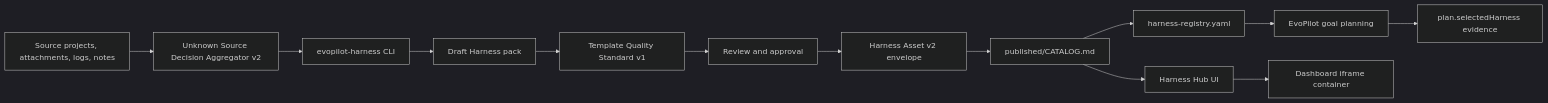
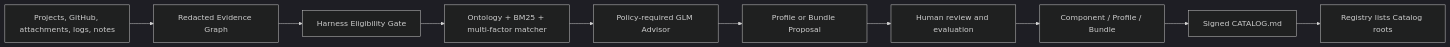
One commit to yeliang-wang/evopilot-harness changed the diagram in README.md. Above: the diagram before and after it, drawn with Mermaid (dark theme). The commit also changed other lines of this file and 110 other files, not shown here.

Commit message:
Release evopilot-harness 3.0.0

````diff
--- a/README.md
+++ b/README.md
@@ -163,15 +105,12 @@
 ```mermaid
 flowchart LR
-  Source["Source projects, attachments, logs, notes"] --> Detect["Unknown Source Decision Aggregator v2"]
-  Detect --> Factory["evopilot-harness CLI"]
-  Factory --> Draft["Draft Harness pack"]
-  Draft --> Quality["Template Quality Standard v1"]
-  Quality --> Review["Review and approval"]
-  Review --> Asset["Harness Asset v2 envelope"]
-  Asset --> Catalog["published/CATALOG.md"]
-  Catalog --> Registry["harness-registry.yaml"]
-  Registry --> EvoPilot["EvoPilot goal planning"]
-  Catalog --> Hub["Harness Hub UI"]
-  Hub --> Dashboard["Dashboard iframe container"]
-  EvoPilot --> Selected["plan.selectedHarness evidence"]
+  Sources["Projects, GitHub, attachments, logs, notes"] --> Snapshot["Redacted Evidence Graph"]
+  Snapshot --> Gate["Harness Eligibility Gate"]
+  Gate --> Matcher["Ontology + BM25 + multi-factor matcher"]
+  Matcher --> Advisor["Policy-required GLM Advisor"]
+  Advisor --> Proposal["Profile or Bundle Proposal"]
+  Proposal --> Review["Human review and evaluation"]
+  Review --> Assets["Component / Profile / Bundle"]
+  Assets --> Catalog["Signed CATALOG.md"]
+  Catalog --> Registry["Registry lists Catalog roots"]
 ```
````
